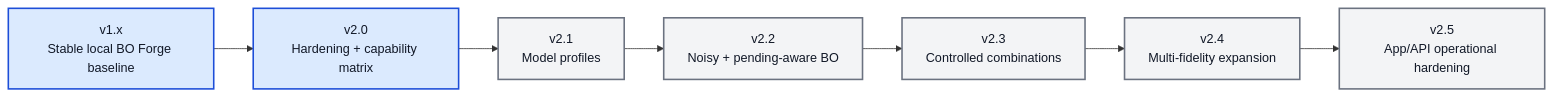
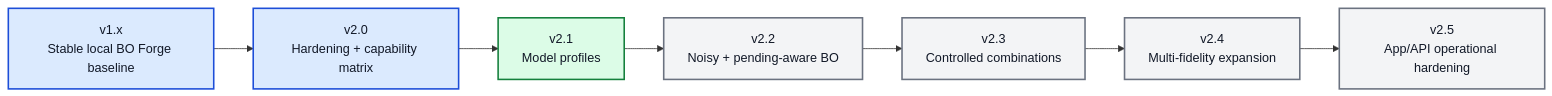
One commit to angzeli/bo-forge changed the diagram in ROADMAP_V2_X.md. Above: the diagram before and after it, drawn with Mermaid. The commit also changed other lines of this file and 38 other files, not shown here.

````diff
--- a/ROADMAP_V2_X.md
+++ b/ROADMAP_V2_X.md
@@ -14,10 +14,12 @@
 ```mermaid
 flowchart LR
     v10["v1.x<br/>Stable local BO Forge baseline"] --> v20["v2.0<br/>Hardening + capability matrix"] --> v21["v2.1<br/>Model profiles"] --> v22["v2.2<br/>Noisy + pending-aware BO"] --> v23["v2.3<br/>Controlled combinations"] --> v24["v2.4<br/>Multi-fidelity expansion"] --> v25["v2.5<br/>App/API operational hardening"]
 
     class v10,v20 done
-    class v21,v22,v23,v24,v25 future
+    class v21 active
+    class v22,v23,v24,v25 future
 
     classDef done fill:#dbeafe,stroke:#1d4ed8,stroke-width:2px,color:#111827;
+    classDef active fill:#dcfce7,stroke:#15803d,stroke-width:2px,color:#111827;
     classDef future fill:#f3f4f6,stroke:#6b7280,stroke-width:2px,color:#111827;
 ```
````
